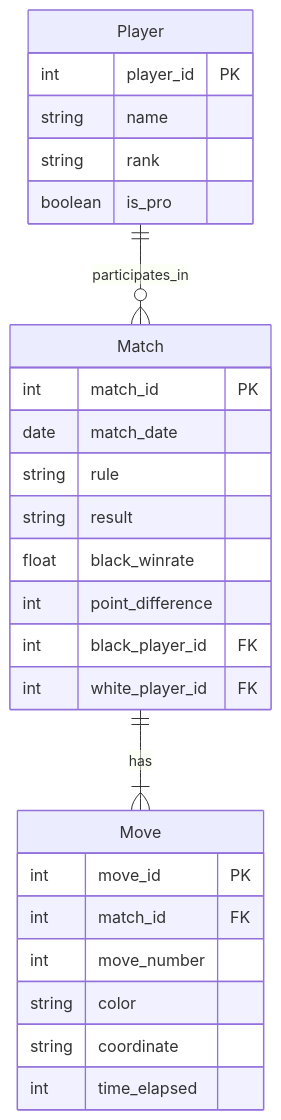
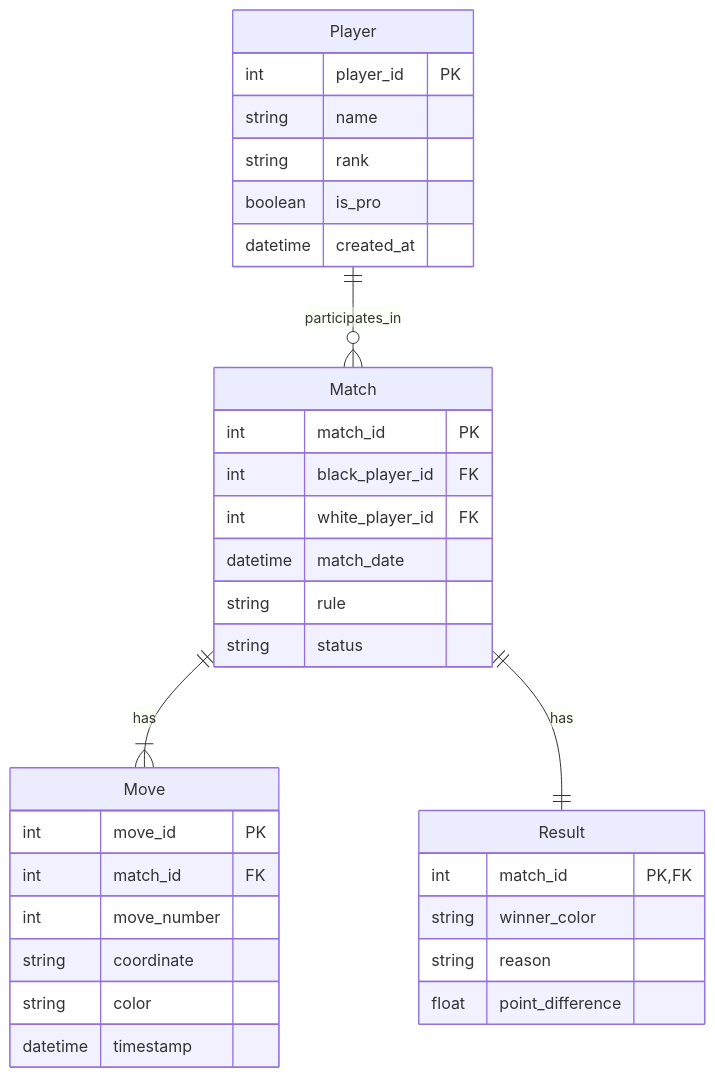
Before and after one commit to imsang27/Baduk-Plus: the diagram in docs/erd.mmd.md, drawn with Mermaid. The commit also changed other lines of this file, not shown here.

First line of the commit message:
docs: ERD 문서 업데이트 및 새로운 테이블 추가

````diff
--- a/docs/erd.mmd.md
+++ b/docs/erd.mmd.md
@@ -9,29 +9,39 @@
 ```mermaid
 erDiagram
     Player ||--o{ Match : participates_in
     Match ||--|{ Move : has
+    Match ||--|| Result : has
+
     Player {
         int player_id PK
         string name
         string rank
         boolean is_pro
+        datetime created_at
     }
+
     Match {
         int match_id PK
-        date match_date
-        string rule
-        string result
-        float black_winrate
-        int point_difference
         int black_player_id FK
         int white_player_id FK
+        datetime match_date
+        string rule
+        string status
     }
+
     Move {
         int move_id PK
         int match_id FK
         int move_number
+        string coordinate
         string color
-        string coordinate
-        int time_elapsed
+        datetime timestamp
+    }
+
+    Result {
+        int match_id PK,FK
+        string winner_color
+        string reason
+        float point_difference
     }
 ```
````
